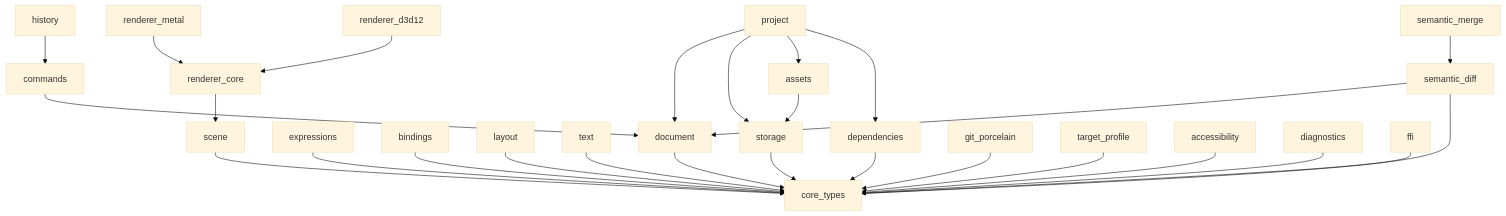
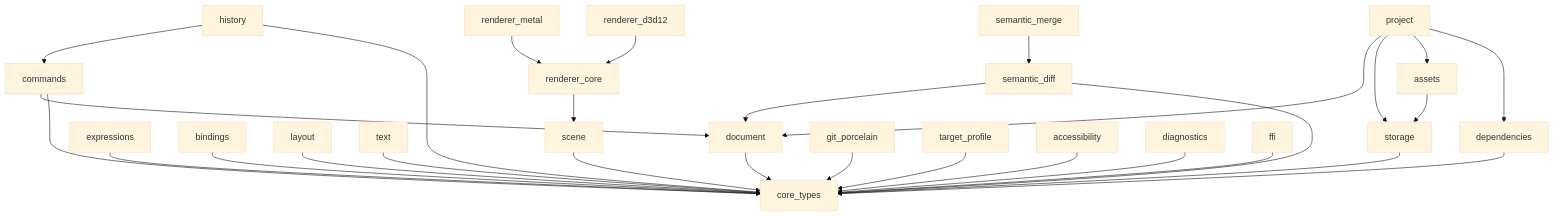
Before and after one commit to taeyoon0137/project-stellar: the diagram in docs/architecture/crate-dependency-graph.md, drawn with Mermaid (base theme). The commit also changed other lines of this file and 1 other file, not shown here.

Commit message:
Chore: commands·history crate의 core-types 직접 의존 허용

````diff
--- a/docs/architecture/crate-dependency-graph.md
+++ b/docs/architecture/crate-dependency-graph.md
@@ -37,29 +37,31 @@
 ```mermaid
 graph TD
   document --> core_types
   commands --> document
+  commands --> core_types
   history --> commands
+  history --> core_types
   expressions --> core_types
   bindings --> core_types
   layout --> core_types
   text --> core_types
   scene --> core_types
   renderer_core --> scene
   renderer_metal --> renderer_core
   renderer_d3d12 --> renderer_core
   storage --> core_types
   assets --> storage
   dependencies --> core_types
   project --> document
   project --> storage
   project --> assets
   project --> dependencies
   semantic_diff --> document
   semantic_diff --> core_types
   semantic_merge --> semantic_diff
   git_porcelain --> core_types
   target_profile --> core_types
   accessibility --> core_types
   diagnostics --> core_types
   ffi --> core_types
 ```
````
